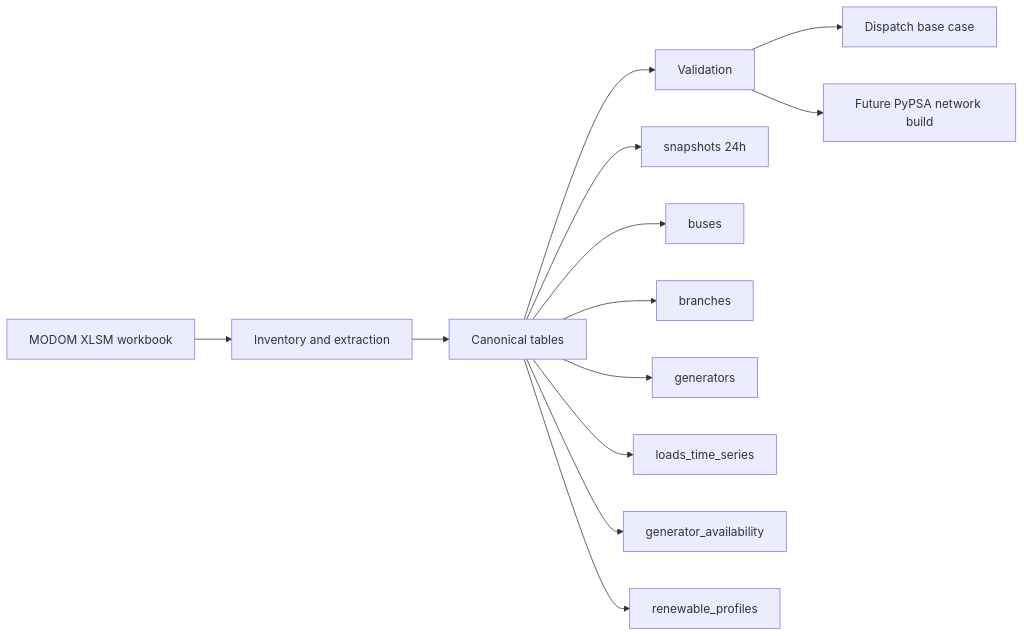
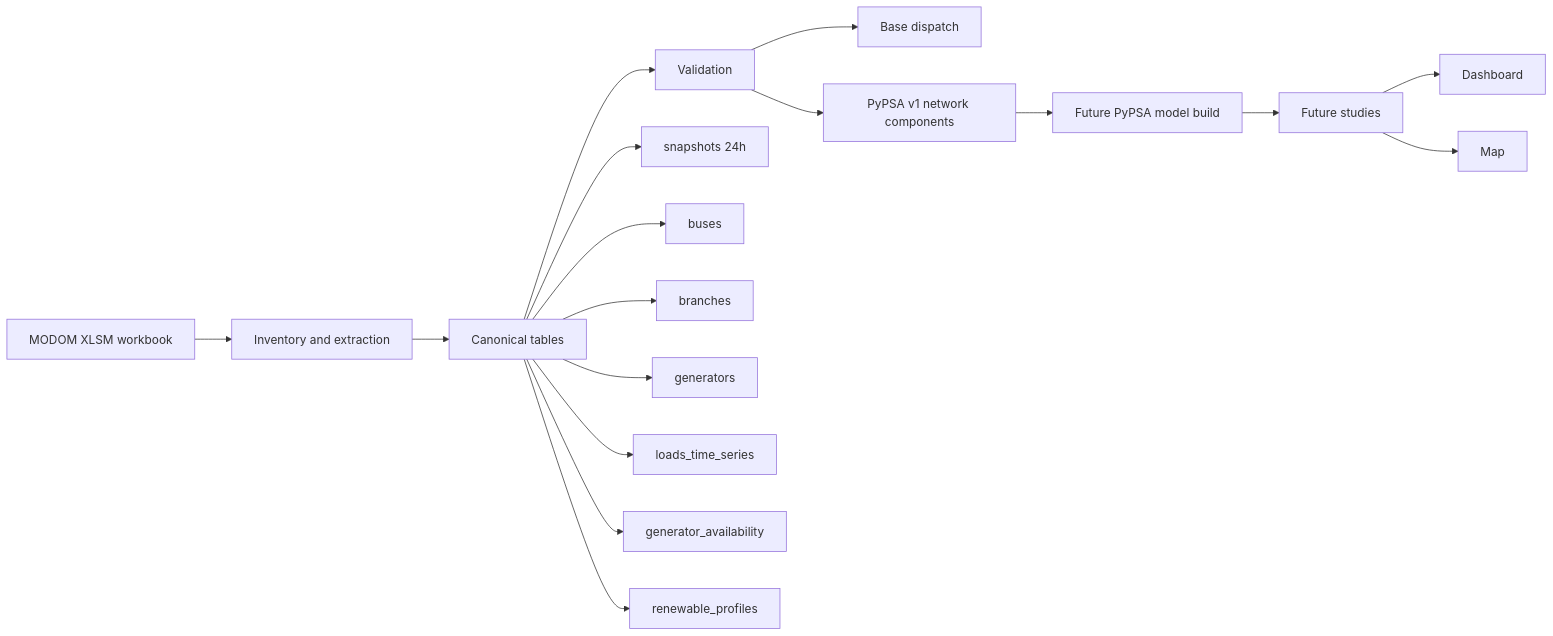
One commit to FCornielle/modom-pypsa changed the diagram in README.md. Above: the diagram before and after it, drawn with Mermaid. The commit also changed other lines of this file and 53 other files, not shown here.

````diff
--- a/README.md
+++ b/README.md
@@ -40,16 +62,20 @@
 ```mermaid
 flowchart LR
     A[MODOM XLSM workbook] --> B[Inventory and extraction]
     B --> C[Canonical tables]
     C --> D[Validation]
-    D --> E[Dispatch base case]
-    D --> F[Future PyPSA network build]
+    D --> E[Base dispatch]
+    D --> F[PyPSA v1 network components]
+    F --> G[Future PyPSA model build]
+    G --> H[Future studies]
+    H --> I[Dashboard]
+    H --> J[Map]
 
     C --> C1[snapshots 24h]
     C --> C2[buses]
     C --> C3[branches]
     C --> C4[generators]
     C --> C5[loads_time_series]
     C --> C6[generator_availability]
     C --> C7[renewable_profiles]
 ```
````
